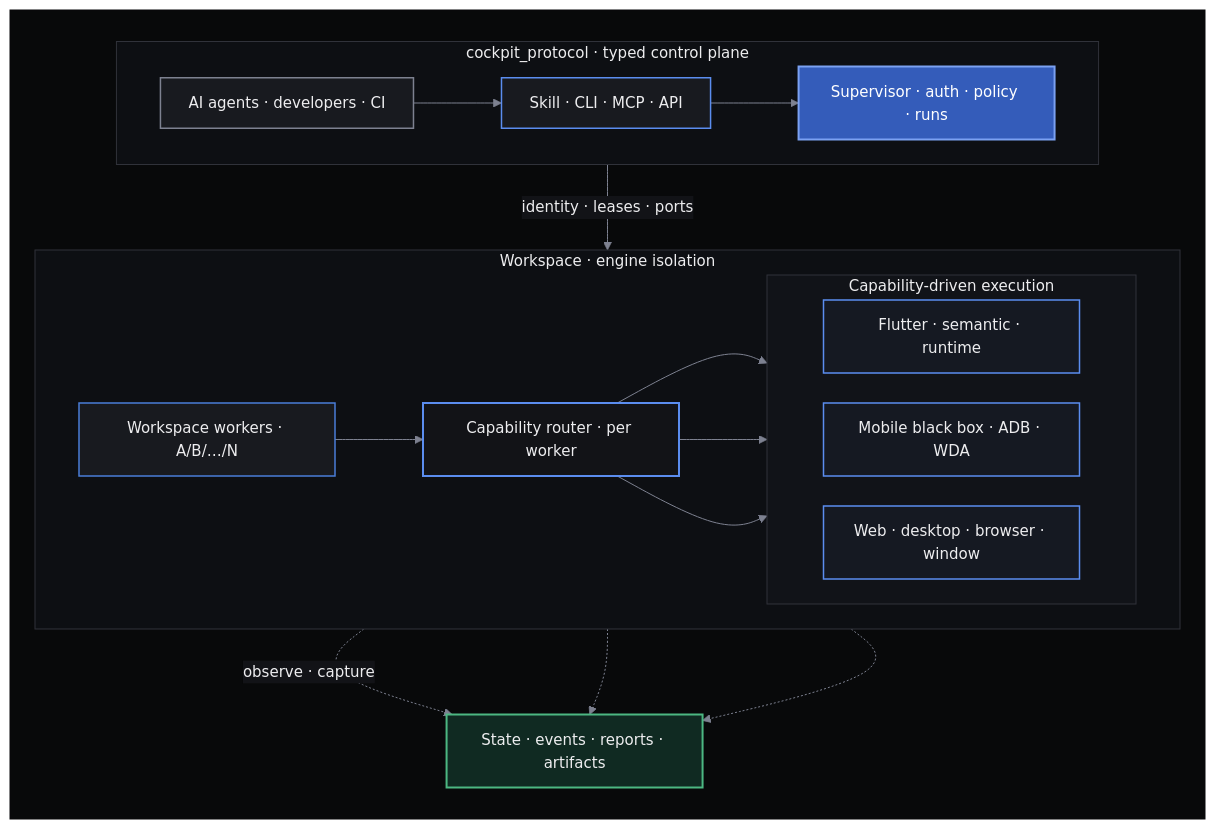
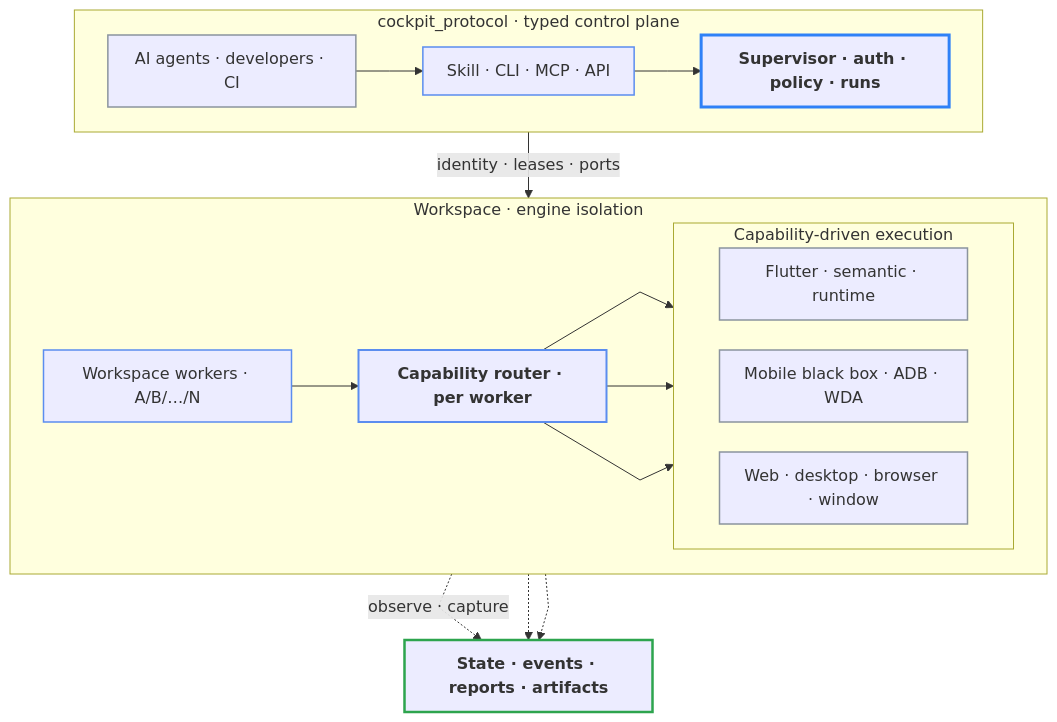
Before and after one commit to cockpit-dev/cockpit: the diagram in README.md, drawn with Mermaid. The commit also changed 1 other file, not shown here.

Commit message:
docs: make architecture diagram theme adaptive

````diff
--- a/README.md
+++ b/README.md
@@ -119,60 +119,52 @@
 ```mermaid
-%%{init: {"theme": "base", "themeVariables": {"darkMode": true, "background": "#08090A", "fontFamily": "system-ui, -apple-system, BlinkMacSystemFont, Segoe UI, sans-serif", "fontSize": "15px", "primaryColor": "#181A1F", "primaryTextColor": "#EDEDEF", "primaryBorderColor": "#5B8DEF", "lineColor": "#7D8190", "secondaryColor": "#121317", "tertiaryColor": "#0D0F13", "clusterBkg": "#0D0F13", "clusterBorder": "#30323A", "edgeLabelBackground": "#121317"}, "flowchart": {"curve": "basis", "nodeSpacing": 30, "rankSpacing": 38, "padding": 14}}}%%
+%%{init: {"flowchart": {"curve": "linear", "nodeSpacing": 30, "rankSpacing": 42, "padding": 12}}}%%
 flowchart TB
-  subgraph Architecture[" "]
-    direction TB
   subgraph ControlPath["cockpit_protocol · typed control plane"]
     direction LR
     Actors["AI agents · developers · CI"]
     Surfaces["Skill · CLI · MCP · API"]
     Supervisor["Supervisor · auth · policy · runs"]
     Actors --> Surfaces --> Supervisor
   end
 
   subgraph RuntimePath["Workspace · engine isolation"]
     direction LR
     Workers["Workspace workers · A/B/…/N"]
     Router["Capability router · per worker"]
 
     subgraph Planes["Capability-driven execution"]
       direction LR
       Flutter["Flutter · semantic · runtime"]
       Native["Mobile black box · ADB · WDA"]
       Desktop["Web · desktop · browser · window"]
     end
 
     Workers --> Router
     Router --> Flutter
     Router --> Native
     Router --> Desktop
   end
 
   Evidence["State · events · reports · artifacts"]
 
   Supervisor -->|identity · leases · ports| Workers
   Flutter -.->|observe · capture| Evidence
   Native -.-> Evidence
   Desktop -.-> Evidence
-  end
 
-  classDef actor fill:#181A1F,stroke:#7D8190,color:#EDEDEF,stroke-width:1.5px
-  classDef surface fill:#181A1F,stroke:#5B8DEF,color:#EDEDEF,stroke-width:1.5px
-  classDef primary fill:#345CBA,stroke:#7BA1F2,color:#FFFFFF,stroke-width:2px
-  classDef control fill:#121317,stroke:#5B8DEF,color:#EDEDEF,stroke-width:2px
-  classDef worker fill:#181A1F,stroke:#4A7DD8,color:#EDEDEF,stroke-width:1.5px
-  classDef plane fill:#151922,stroke:#5B8DEF,color:#EDEDEF,stroke-width:1.5px
-  classDef evidence fill:#102A22,stroke:#4CB782,color:#EDEDEF,stroke-width:2px
+  classDef actor stroke:#8B949E,stroke-width:1.5px
+  classDef surface stroke:#5B8DEF,stroke-width:1.5px
+  classDef primary stroke:#2F81F7,stroke-width:3px,font-weight:700
+  classDef control stroke:#5B8DEF,stroke-width:2px,font-weight:600
+  classDef worker stroke:#5B8DEF,stroke-width:1.5px
+  classDef plane stroke:#8B949E,stroke-width:1.5px
+  classDef evidence stroke:#2DA44E,stroke-width:2.5px,font-weight:600
 
   class Actors actor
   class Surfaces surface
   class Supervisor primary
   class Router control
   class Workers worker
   class Flutter,Native,Desktop plane
   class Evidence evidence
-
-  style Architecture fill:#08090A,stroke:#08090A,color:#EDEDEF
-  style ControlPath fill:#0D0F13,stroke:#30323A,color:#EDEDEF
-  style RuntimePath fill:#0D0F13,stroke:#30323A,color:#EDEDEF
-  style Planes fill:#111318,stroke:#30323A,color:#EDEDEF
 ```
````
